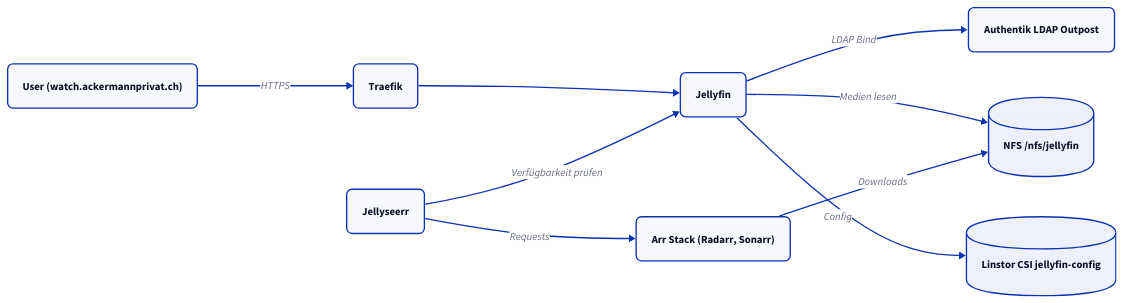
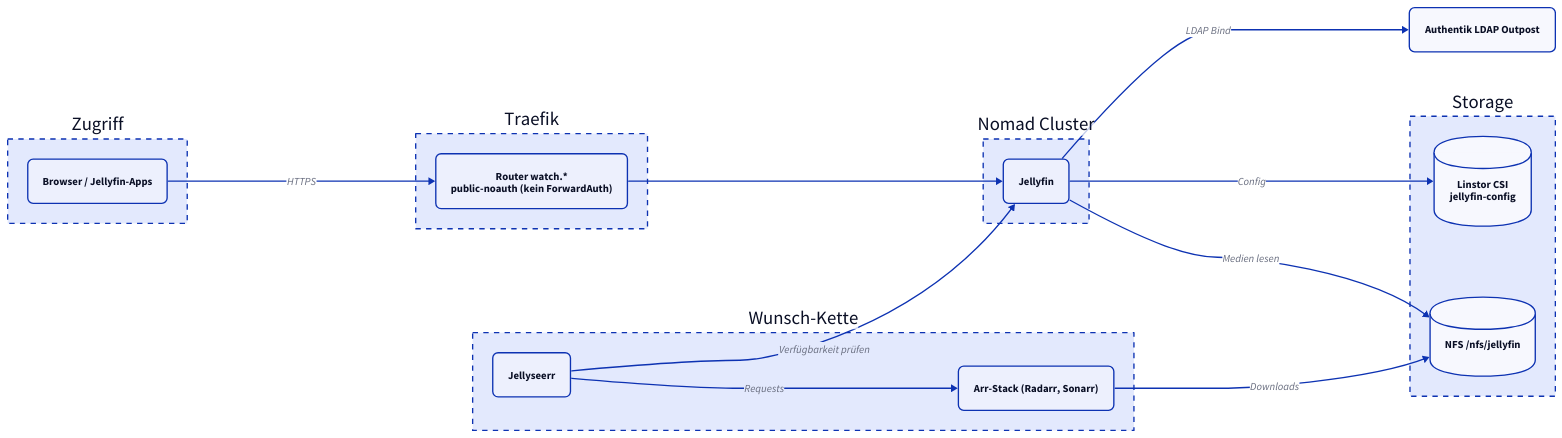
One commit to derever-labs/homelab-wiki changed the diagram in docs/jellyfin/index.md. Above: the diagram before and after it, drawn with D2. The commit also changed 11 other files, not shown here.

First line of the commit message:
docs(apps): Diagramme fuer TALA ueberarbeiten (Batch B5) (#101)

````diff
--- a/docs/jellyfin/index.md
+++ b/docs/jellyfin/index.md
@@ -34,21 +34,41 @@
 ```d2
 direction: right
 
-User: "User (watch.ackermannprivat.ch)" { style.border-radius: 8 }
-Traefik: Traefik { style.border-radius: 8 }
-JF: Jellyfin { style.border-radius: 8 }
+Clients: Zugriff {
+  style.stroke-dash: 4
+  USER: "Browser / Jellyfin-Apps" { style.border-radius: 8 }
+}
+
+Traefik: Traefik {
+  style.stroke-dash: 4
+  R: "Router watch.*\npublic-noauth (kein ForwardAuth)" { style.border-radius: 8 }
+}
+
+Nomad: Nomad Cluster {
+  style.stroke-dash: 4
+  JF: Jellyfin { style.border-radius: 8 }
+}
+
 LDAP: "Authentik LDAP Outpost" { style.border-radius: 8 }
-NFS: "NFS /nfs/jellyfin" { shape: cylinder }
-CSI: "Linstor CSI jellyfin-config" { shape: cylinder }
-JS: Jellyseerr { style.border-radius: 8 }
-ARR: "Arr Stack (Radarr, Sonarr)" { style.border-radius: 8 }
 
-User -> Traefik: HTTPS
-Traefik -> JF
-JF -> LDAP: LDAP Bind
-JF -> NFS: Medien lesen
-JF -> CSI: Config
-JS -> JF: Verfügbarkeit prüfen
-JS -> ARR: Requests
-ARR -> NFS: Downloads
+Storage: Storage {
+  style.stroke-dash: 4
+  CSI: "Linstor CSI\njellyfin-config" { shape: cylinder }
+  NFS: "NFS /nfs/jellyfin" { shape: cylinder }
+}
+
+Wunsch: Wunsch-Kette {
+  style.stroke-dash: 4
+  JS: Jellyseerr { style.border-radius: 8 }
+  ARR: "Arr-Stack (Radarr, Sonarr)" { style.border-radius: 8 }
+}
+
+Clients.USER -> Traefik.R: HTTPS
+Traefik.R -> Nomad.JF
+Nomad.JF -> LDAP: LDAP Bind
+Nomad.JF -> Storage.CSI: Config
+Nomad.JF -> Storage.NFS: Medien lesen
+Wunsch.JS -> Nomad.JF: "Verfügbarkeit prüfen"
+Wunsch.JS -> Wunsch.ARR: Requests
+Wunsch.ARR -> Storage.NFS: Downloads
 ```
````
